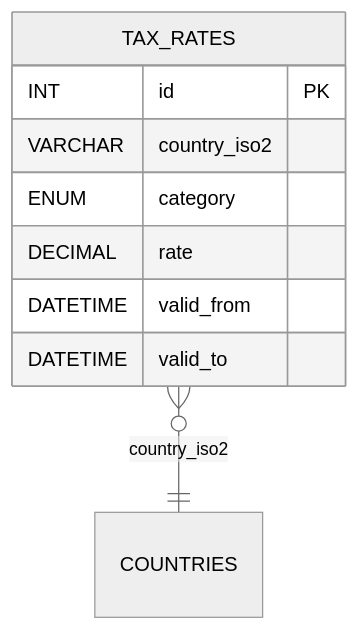
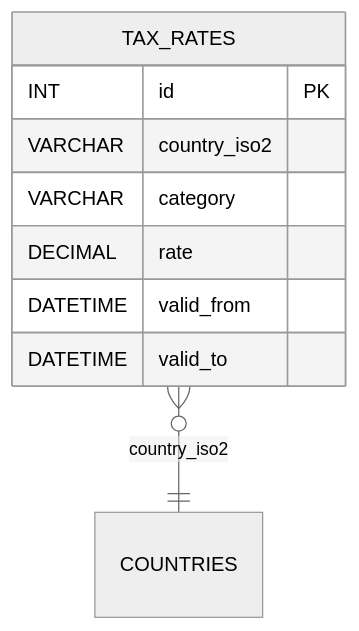
Before and after one commit to blackcatdatabase/table-tax-rates: the diagram in README.md, drawn with Mermaid (neutral theme). The commit also changed other lines of this file and 26 other files, not shown here.

First line of the commit message:
Regen schema (#1)

````diff
--- a/README.md
+++ b/README.md
@@ -52,12 +55,12 @@
 ```mermaid
 erDiagram
   TAX_RATES {
     INT id PK
     VARCHAR country_iso2
-    ENUM category
+    VARCHAR category
     DECIMAL rate
     DATETIME valid_from
     DATETIME valid_to
   }
   TAX_RATES }o--|| COUNTRIES : "country_iso2"
 ```
````
